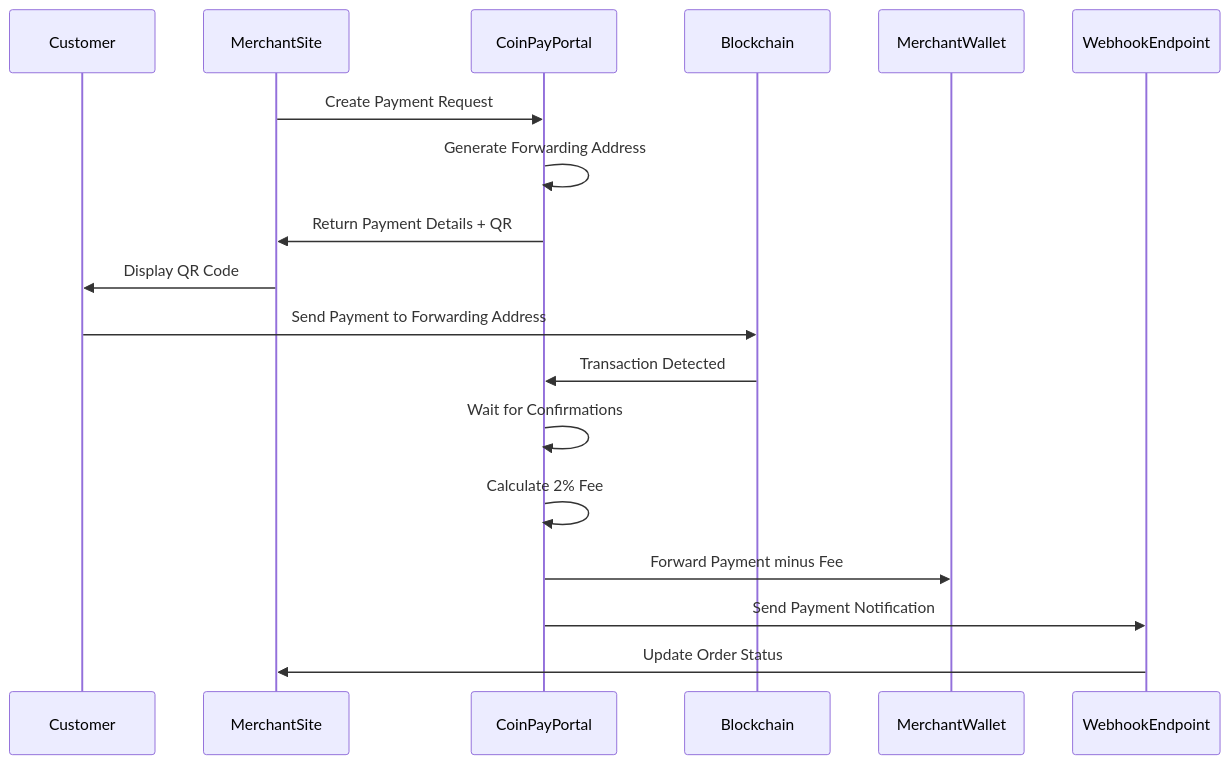
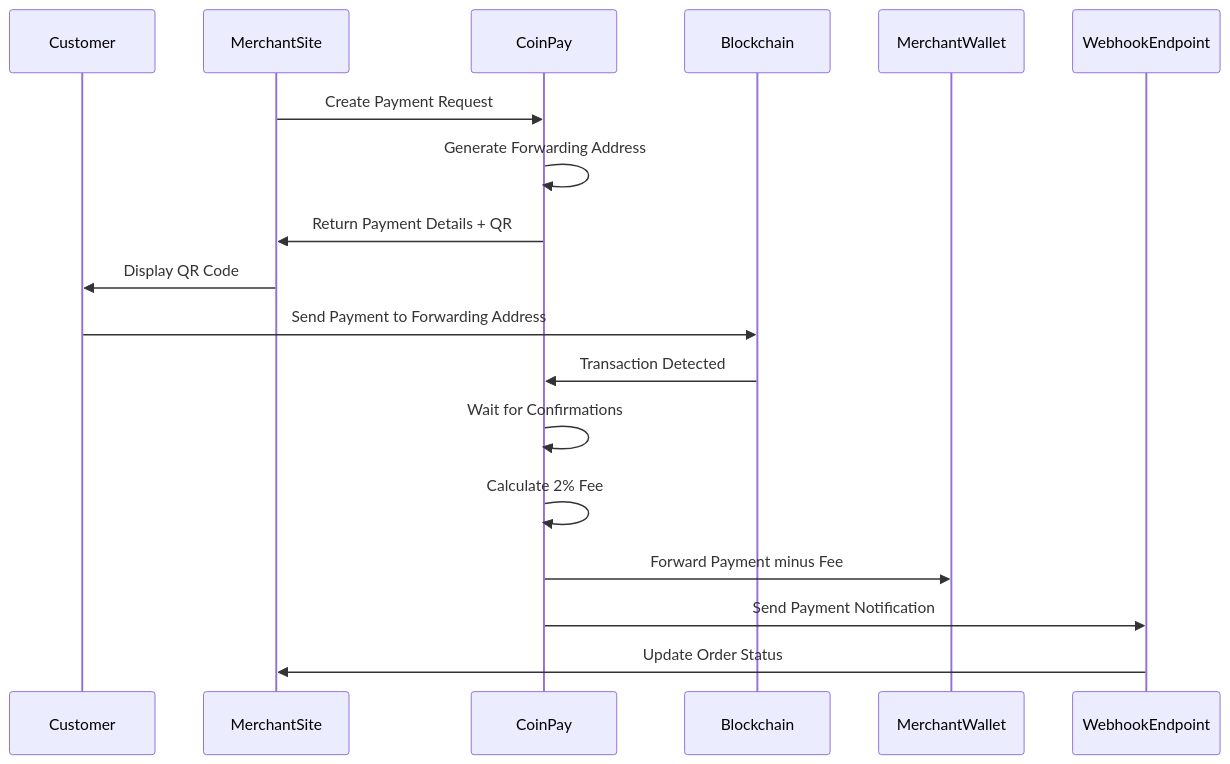
Before and after one commit to profullstack/coinpayportal: the second of 3 diagrams in docs/ARCHITECTURE.md, drawn with Mermaid. The commit also changed other lines of this file and 26 other files, not shown here.

First line of the commit message:
Rebrand from CoinPayPortal to CoinPay

````diff
--- a/docs/ARCHITECTURE.md
+++ b/docs/ARCHITECTURE.md
@@ -176,21 +176,21 @@
 ```mermaid
 sequenceDiagram
     participant Customer
     participant MerchantSite
-    participant CoinPayPortal
+    participant CoinPay
     participant Blockchain
     participant MerchantWallet
     participant WebhookEndpoint
 
-    MerchantSite->>CoinPayPortal: Create Payment Request
-    CoinPayPortal->>CoinPayPortal: Generate Forwarding Address
-    CoinPayPortal->>MerchantSite: Return Payment Details + QR
+    MerchantSite->>CoinPay: Create Payment Request
+    CoinPay->>CoinPay: Generate Forwarding Address
+    CoinPay->>MerchantSite: Return Payment Details + QR
     MerchantSite->>Customer: Display QR Code
     Customer->>Blockchain: Send Payment to Forwarding Address
-    Blockchain->>CoinPayPortal: Transaction Detected
-    CoinPayPortal->>CoinPayPortal: Wait for Confirmations
-    CoinPayPortal->>CoinPayPortal: Calculate 2% Fee
-    CoinPayPortal->>MerchantWallet: Forward Payment minus Fee
-    CoinPayPortal->>WebhookEndpoint: Send Payment Notification
+    Blockchain->>CoinPay: Transaction Detected
+    CoinPay->>CoinPay: Wait for Confirmations
+    CoinPay->>CoinPay: Calculate 2% Fee
+    CoinPay->>MerchantWallet: Forward Payment minus Fee
+    CoinPay->>WebhookEndpoint: Send Payment Notification
     WebhookEndpoint->>MerchantSite: Update Order Status
 ```
````
